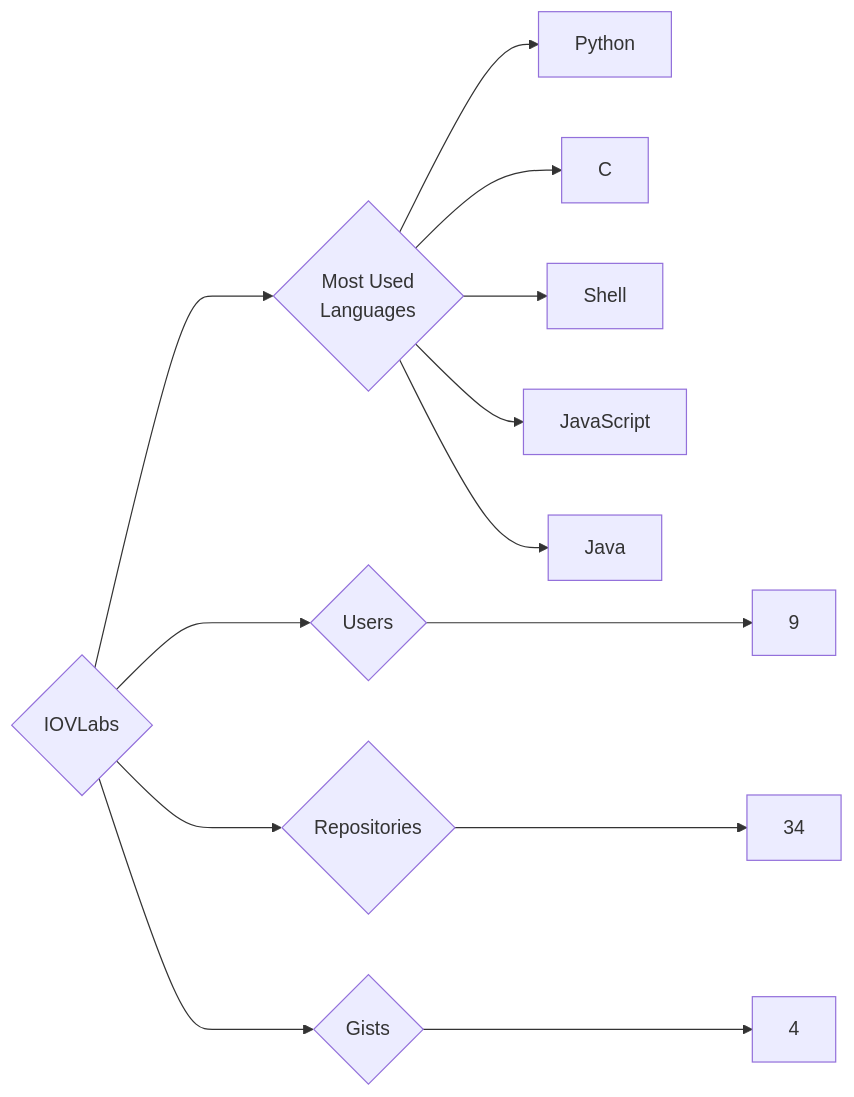
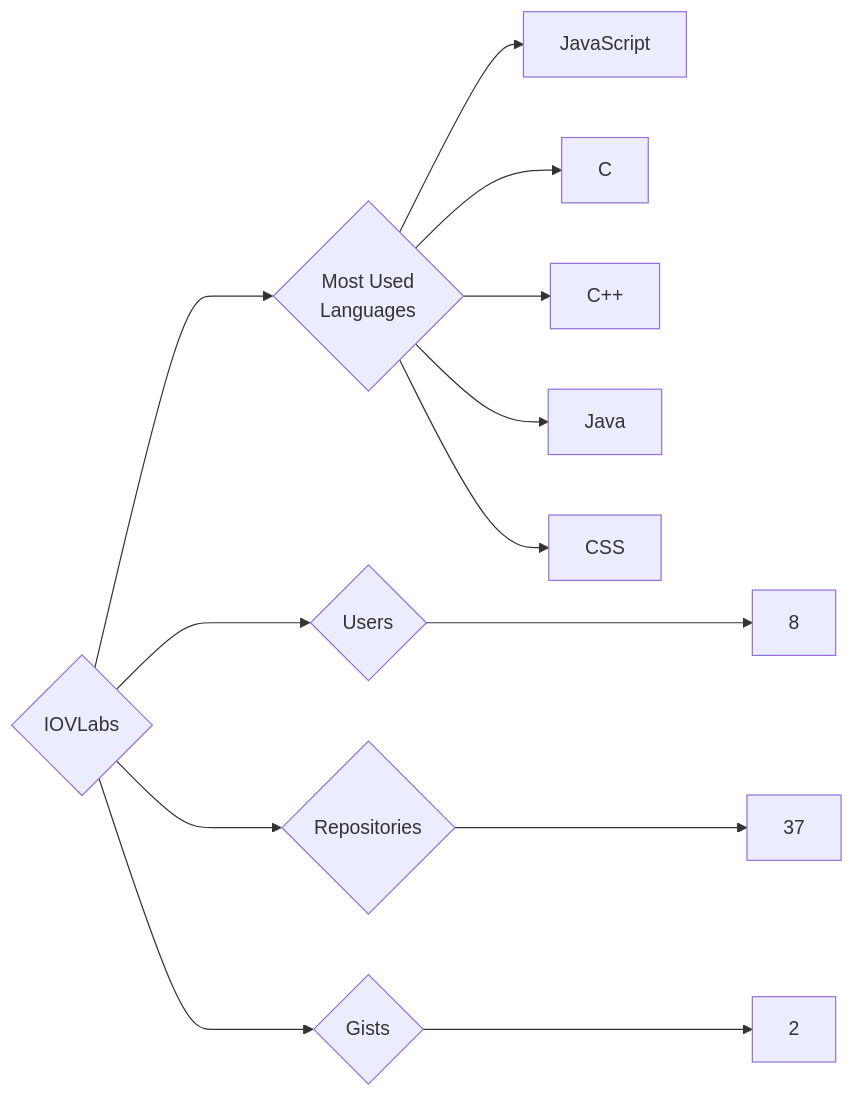
The diagram in targets/IOVLabs/README.md (trickest/insiders), drawn with Mermaid before and after one commit. The commit also changed 1148 other files, not shown here.

````diff
--- a/targets/IOVLabs/README.md
+++ b/targets/IOVLabs/README.md
@@ -3,13 +3,13 @@
 ```mermaid
 graph LR
 COMPANY_NAME{IOVLabs}
-COMPANY_NAME ---> U{Users} ---> UN[9]
-COMPANY_NAME ---> R{Repositories} ---> RN[34]
-COMPANY_NAME ---> G{Gists} ---> GN[4]
+COMPANY_NAME ---> U{Users} ---> UN[8]
+COMPANY_NAME ---> R{Repositories} ---> RN[37]
+COMPANY_NAME ---> G{Gists} ---> GN[2]
 COMPANY_NAME ---> ML{Most Used<br>Languages}
-ML --> Python[Python]
+ML --> JavaScript[JavaScript]
 ML --> C[C]
-ML --> Shell[Shell]
-ML --> JavaScript[JavaScript]
+ML --> C++[C++]
 ML --> Java[Java]
+ML --> CSS[CSS]
 ```
````
